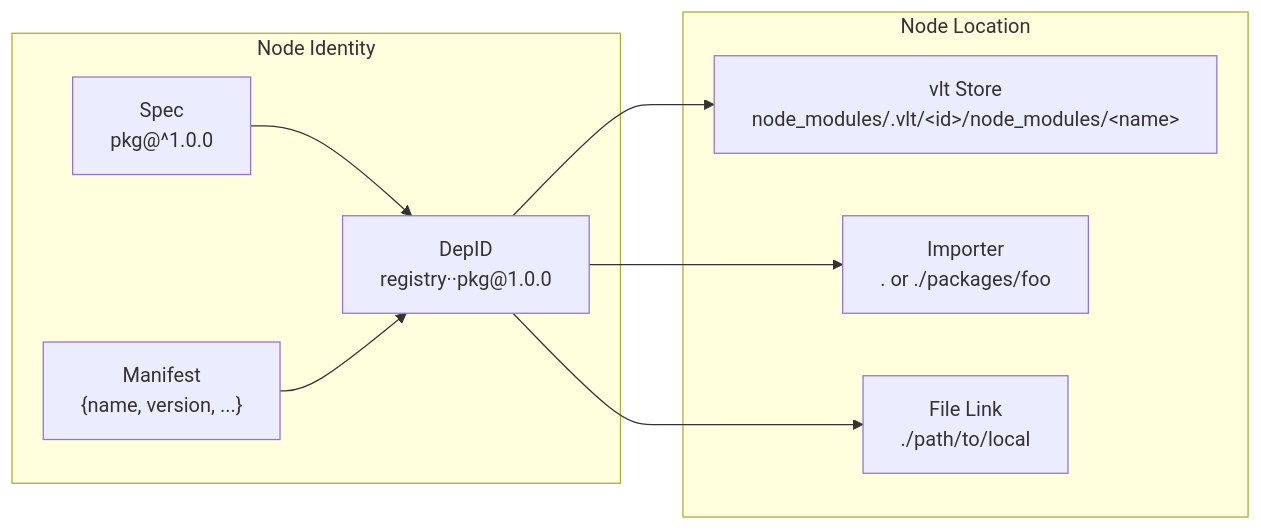
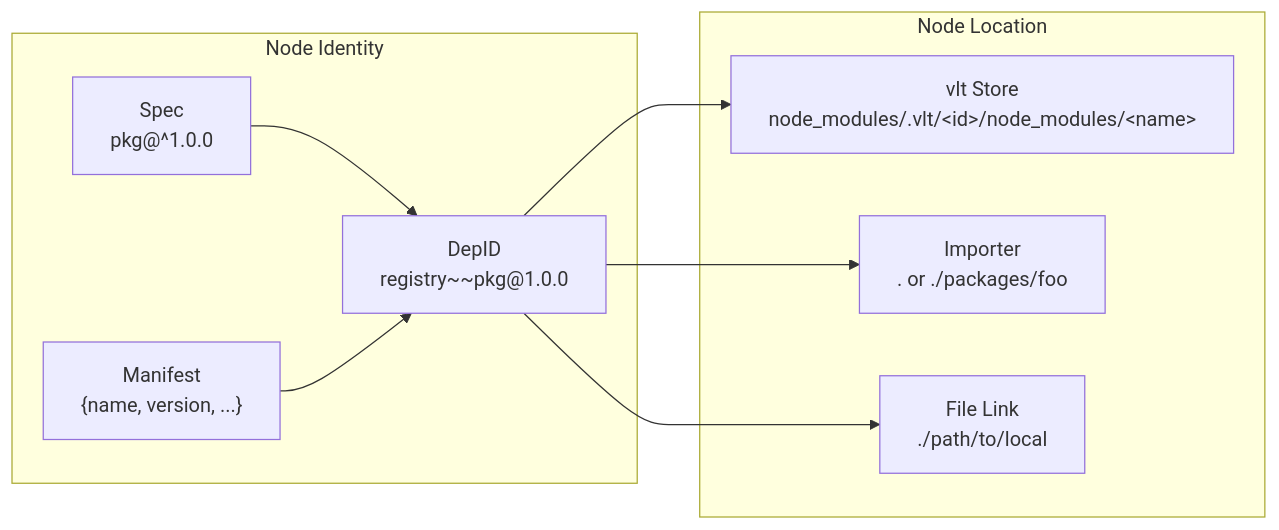
One commit to vltpkg/vltpkg changed the third of 10 diagrams in src/graph/ARCHITECTURE.md. Above: the diagram before and after it, drawn with Mermaid. The commit also changed other lines of this file and 77 other files, not shown here.

````diff
--- a/src/graph/ARCHITECTURE.md
+++ b/src/graph/ARCHITECTURE.md
@@ -105,20 +105,20 @@
 ```mermaid
 flowchart LR
     subgraph "Node Identity"
-        DepID["DepID<br/>registry··pkg@1.0.0"]
+        DepID["DepID<br/>registry~~pkg@1.0.0"]
         Spec["Spec<br/>pkg@^1.0.0"]
         Manifest["Manifest<br/>{name, version, ...}"]
     end
 
     subgraph "Node Location"
         Store["vlt Store<br/>node_modules/.vlt/&lt;id&gt;/node_modules/&lt;name&gt;"]
         Importer["Importer<br/>. or ./packages/foo"]
         Link["File Link<br/>./path/to/local"]
     end
 
     Spec --> DepID
     Manifest --> DepID
     DepID --> Store
     DepID --> Importer
     DepID --> Link
 ```
````
